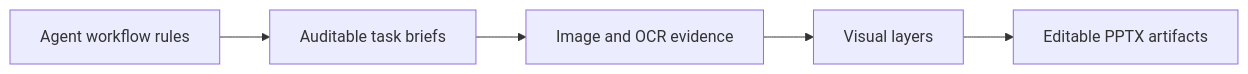
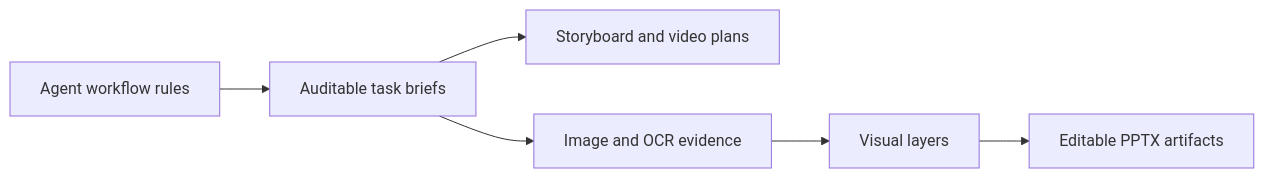
The diagram in README.md (TateZhouSiu/TateZhouSiu), drawn with Mermaid before and after one commit. The commit also changed other lines of this file, not shown here.

Commit message:
Add create storyboard project

````diff
--- a/README.md
+++ b/README.md
@@ -36,7 +39,8 @@
 ```mermaid
 flowchart LR
   A[Agent workflow rules] --> B[Auditable task briefs]
-  B --> C[Image and OCR evidence]
-  C --> D[Visual layers]
-  D --> E[Editable PPTX artifacts]
+  B --> C[Storyboard and video plans]
+  B --> D[Image and OCR evidence]
+  D --> E[Visual layers]
+  E --> F[Editable PPTX artifacts]
 ```
````
